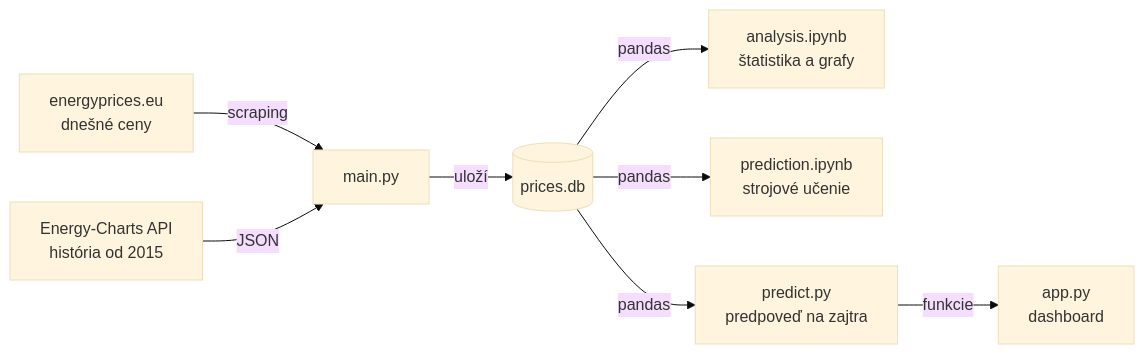
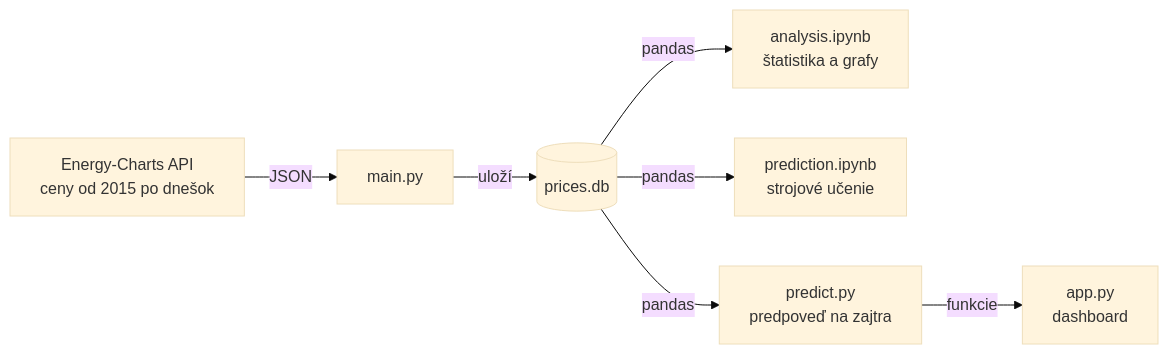
The first of 2 diagrams in README.md (Matus1232/Script-for-electricity-prices-with-prediction), drawn with Mermaid (base theme) before and after one commit. The commit also changed other lines of this file and 3 other files, not shown here.

Commit message:
remove scraping, api only

````diff
--- a/README.md
+++ b/README.md
@@ -43,10 +43,9 @@
 ```mermaid
 flowchart LR
-    W["energyprices.eu<br>dnešné ceny"] -- "scraping" --> M["main.py"]
-    E["Energy-Charts API<br>história od 2015"] -- "JSON" --> M
+    E["Energy-Charts API<br>ceny od 2015 po dnešok"] -- "JSON" --> M["main.py"]
     M -- "uloží" --> D[("prices.db")]
     D -- "pandas" --> N["analysis.ipynb<br>štatistika a grafy"]
     D -- "pandas" --> P["prediction.ipynb<br>strojové učenie"]
     D -- "pandas" --> S["predict.py<br>predpoveď na zajtra"]
     S -- "funkcie" --> A["app.py<br>dashboard"]
 ```
````
